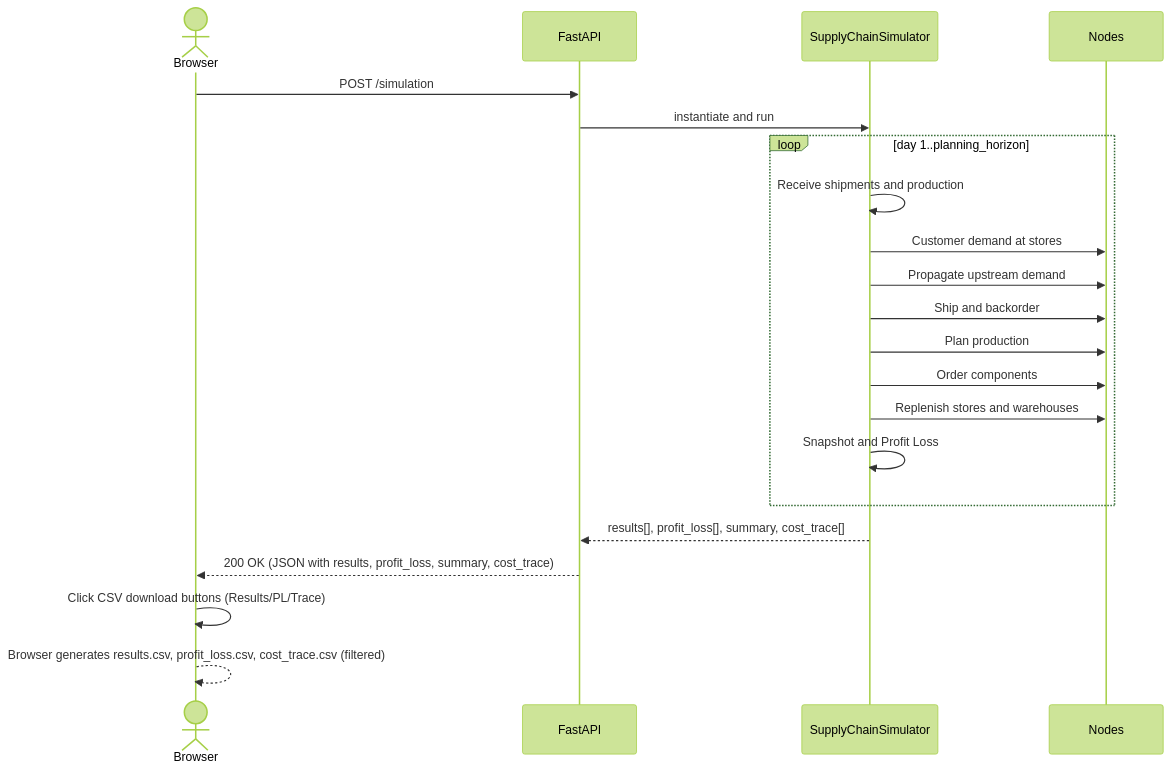
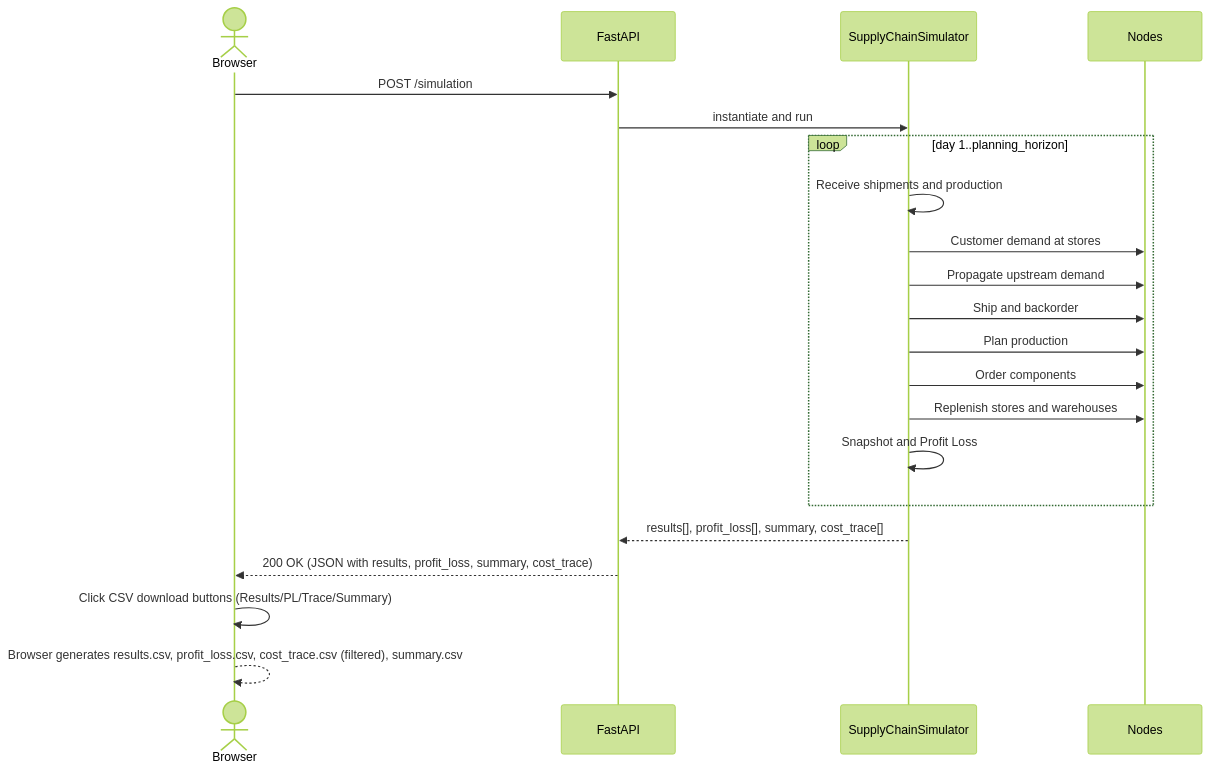
The third of 3 diagrams in README.md (miumigy/scpln), drawn with Mermaid (forest theme) before and after one commit. The commit also changed other lines of this file, not shown here.

Commit message:
docs: add Summary CSV to download section and sequence diagram

````diff
--- a/README.md
+++ b/README.md
@@ -574,24 +576,24 @@
 ```mermaid
 sequenceDiagram
   actor User as Browser
   participant API as FastAPI
   participant Sim as SupplyChainSimulator
   participant Nodes as Nodes
 
   User->>API: POST /simulation
   API->>Sim: instantiate and run
   loop day 1..planning_horizon
     Sim->>Sim: Receive shipments and production
     Sim->>Nodes: Customer demand at stores
     Sim->>Nodes: Propagate upstream demand
     Sim->>Nodes: Ship and backorder
     Sim->>Nodes: Plan production
     Sim->>Nodes: Order components
     Sim->>Nodes: Replenish stores and warehouses
     Sim->>Sim: Snapshot and Profit Loss
   end
   Sim-->>API: results[], profit_loss[], summary, cost_trace[]
   API-->>User: 200 OK (JSON with results, profit_loss, summary, cost_trace)
-  User->>User: Click CSV download buttons (Results/PL/Trace)
-  User-->>User: Browser generates results.csv, profit_loss.csv, cost_trace.csv (filtered)
+  User->>User: Click CSV download buttons (Results/PL/Trace/Summary)
+  User-->>User: Browser generates results.csv, profit_loss.csv, cost_trace.csv (filtered), summary.csv
 ```
````
